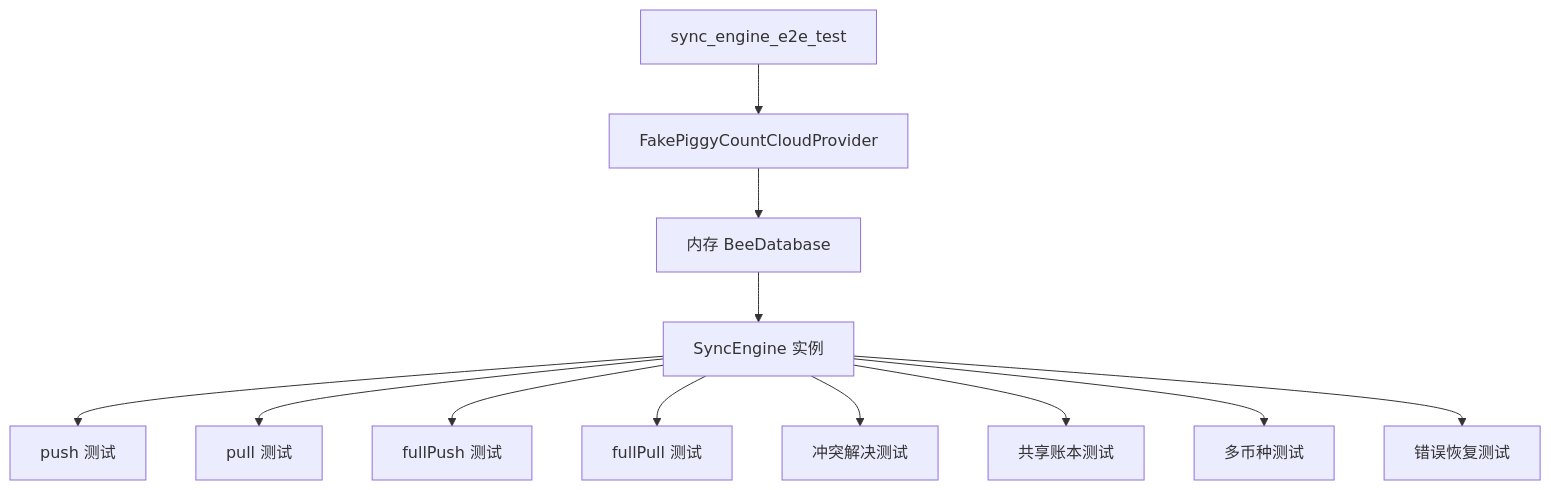
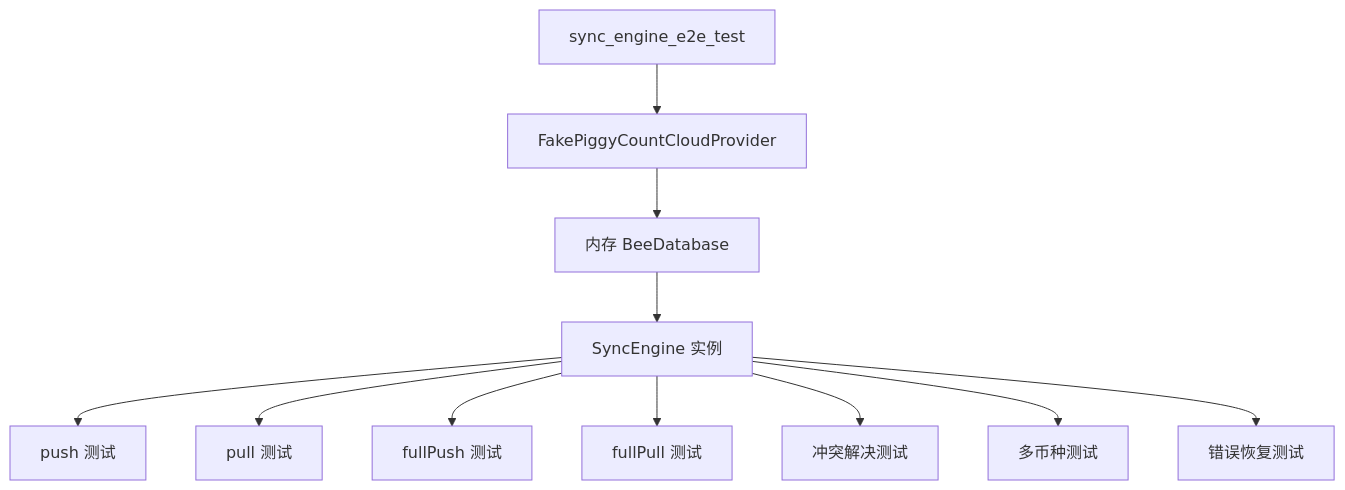
One commit to mecoren/PiggyCount changed the third of 5 diagrams in docoments/10-testing-strategy.md. Above: the diagram before and after it, drawn with Mermaid. The commit also changed other lines of this file and 11 other files, not shown here.

````diff
--- a/docoments/10-testing-strategy.md
+++ b/docoments/10-testing-strategy.md
@@ -258,15 +258,14 @@
 ```mermaid
 flowchart TD
     A[sync_engine_e2e_test] --> B[FakePiggyCountCloudProvider]
     B --> C[内存 BeeDatabase]
     C --> D[SyncEngine 实例]
 
     D --> E[push 测试]
     D --> F[pull 测试]
     D --> G[fullPush 测试]
     D --> H[fullPull 测试]
     D --> I[冲突解决测试]
-    D --> J[共享账本测试]
     D --> K[多币种测试]
     D --> L[错误恢复测试]
 ```
````
